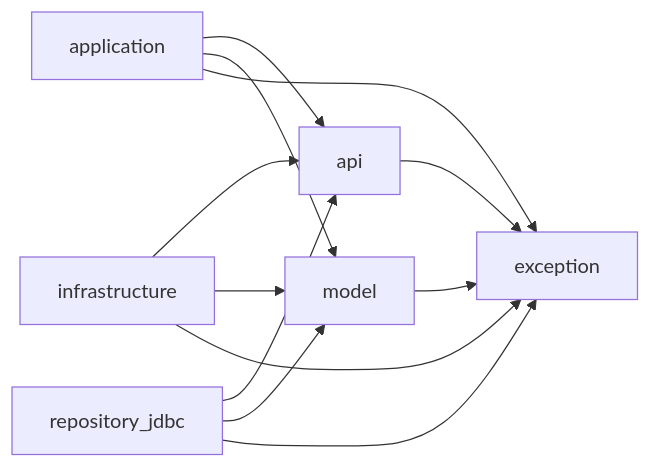
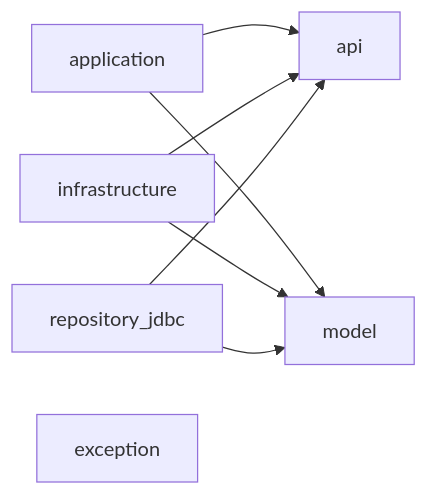
Before and after one commit to dkGithup2022/claude_code_multimodule_script: the diagram in README.md, drawn with Mermaid. The commit also changed 1 other file, not shown here.

Commit message:
머메이드 표현식 수정 & application 에 불필요한 레포지토리 스캔 처리

````diff
--- a/README.md
+++ b/README.md
@@ -221,24 +221,20 @@
 ```mermaid
 graph LR
   api[api]
   model[model]
   app[application]
   infra[infrastructure]
   repo[repository_jdbc]
   ex[exception]
 
   app --> api
   app --> model
 
   infra --> api
   infra --> model
 
   repo --> api
   repo --> model
 
-  api --> ex
-  model --> ex
-  app --> ex
-  infra --> ex
-  repo --> ex
+
 ```
````
